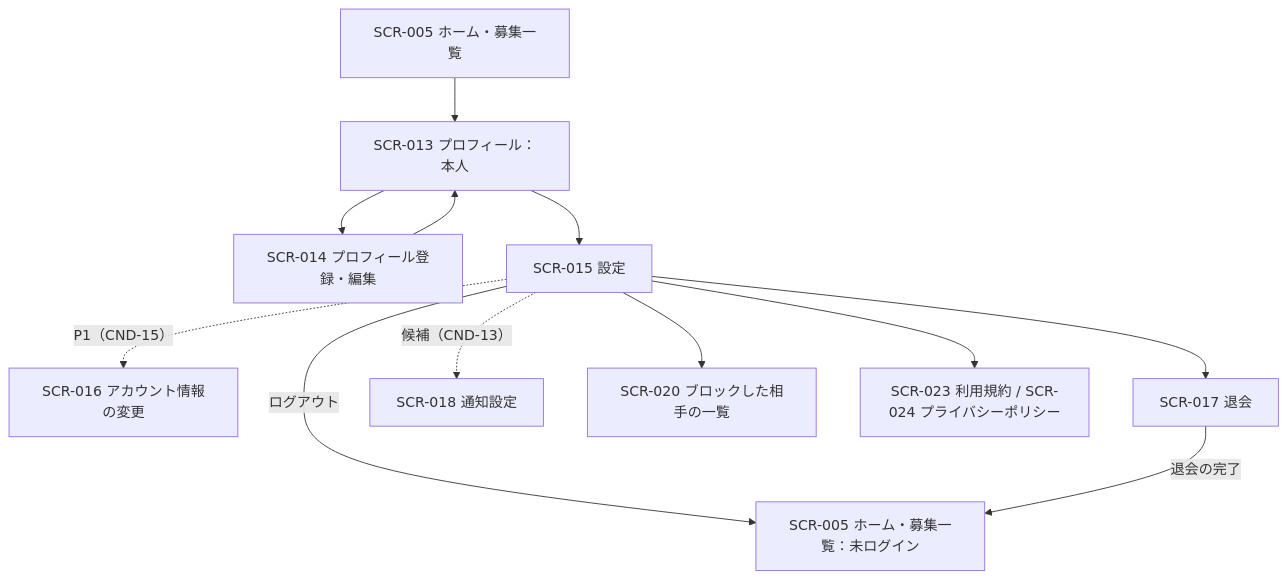
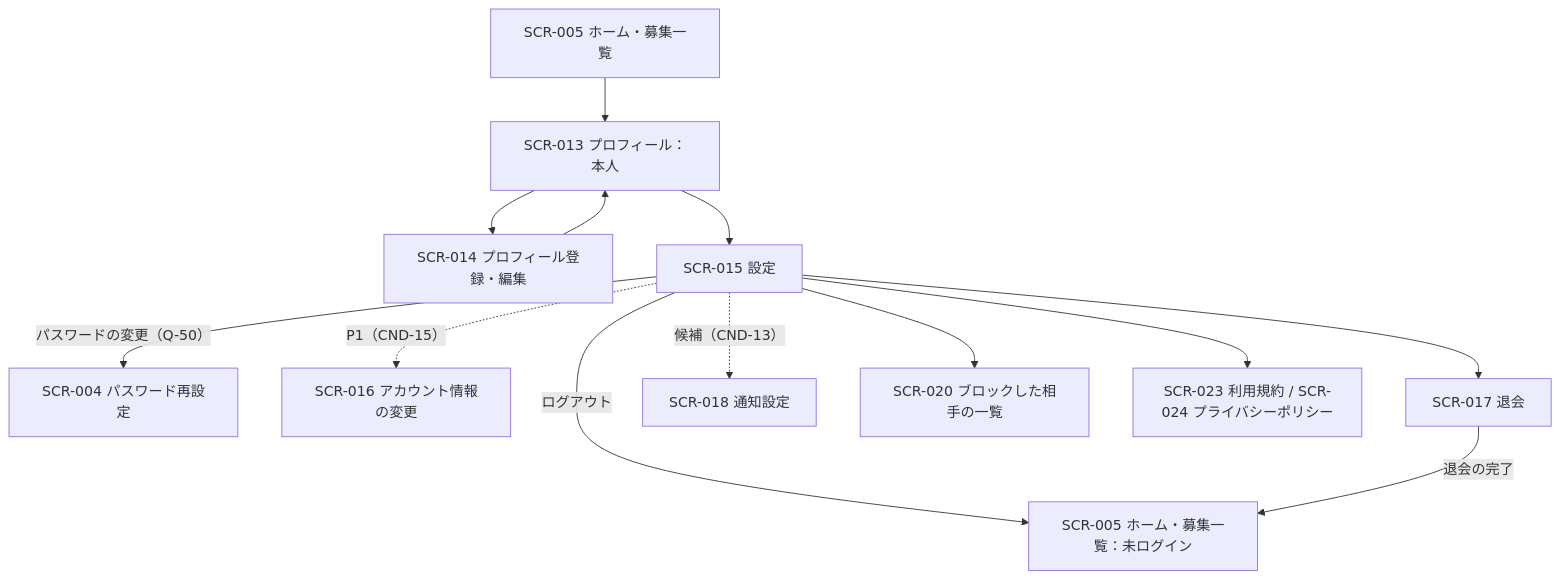
Before and after one commit to sysnovastudio-byte/nagoya-volleyball-matching: the fifth of 9 diagrams in docs/10_画面一覧.md, drawn with Mermaid. The commit also changed other lines of this file and 1 other file, not shown here.

````diff
--- a/docs/10_画面一覧.md
+++ b/docs/10_画面一覧.md
@@ -342,14 +344,15 @@
 ```mermaid
 flowchart TD
     E0["SCR-005 ホーム・募集一覧"] --> E1["SCR-013 プロフィール：本人"]
     E1 --> E2["SCR-014 プロフィール登録・編集"]
     E2 --> E1
     E1 --> E3["SCR-015 設定"]
     E3 -->|"ログアウト"| E4["SCR-005 ホーム・募集一覧：未ログイン"]
+    E3 -->|"パスワードの変更（Q-50）"| E10["SCR-004 パスワード再設定"]
     E3 -.->|"P1（CND-15）"| E5["SCR-016 アカウント情報の変更"]
     E3 --> E6["SCR-017 退会"]
     E3 -.->|"候補（CND-13）"| E7["SCR-018 通知設定"]
     E3 --> E8["SCR-020 ブロックした相手の一覧"]
     E3 --> E9["SCR-023 利用規約 / SCR-024 プライバシーポリシー"]
     E6 -->|"退会の完了"| E4
 ```
````
